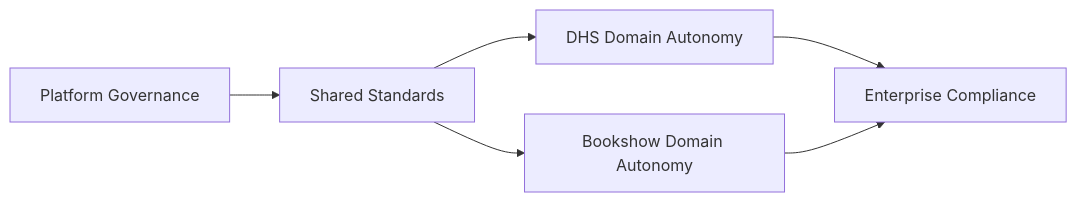
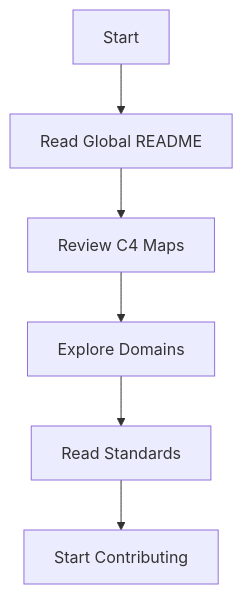
Before and after one commit to STARONE-INFOTECH/starone-galaxy-architecture: the fourth of 5 diagrams in README.md, drawn with Mermaid. The commit also changed other lines of this file and 5 other files, not shown here.

````diff
--- a/README.md
+++ b/README.md
@@ -355,15 +407,11 @@
 ```mermaid
-flowchart LR
+flowchart TD
 
-A[Platform Governance]
-B[Shared Standards]
-C[DHS Domain Autonomy]
-D[Bookshow Domain Autonomy]
-E[Enterprise Compliance]
+Start[Start]
 
-A --> B
-B --> C
-B --> D
-C --> E
-D --> E
+Start --> ReadREADME[Read Global README]
+ReadREADME --> ReviewC4[Review C4 Maps]
+ReviewC4 --> ExploreDomains[Explore Domains]
+ExploreDomains --> Governance[Read Standards]
+Governance --> Contribute[Start Contributing]
 ```
````
